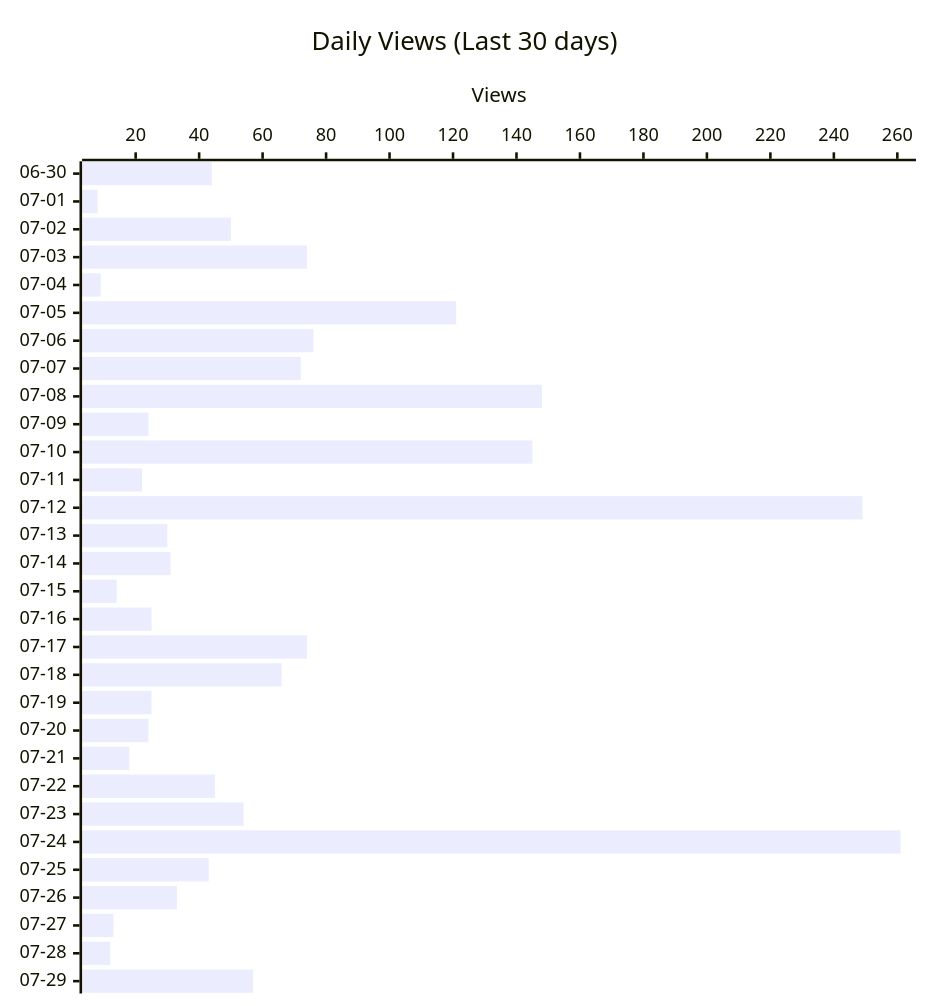
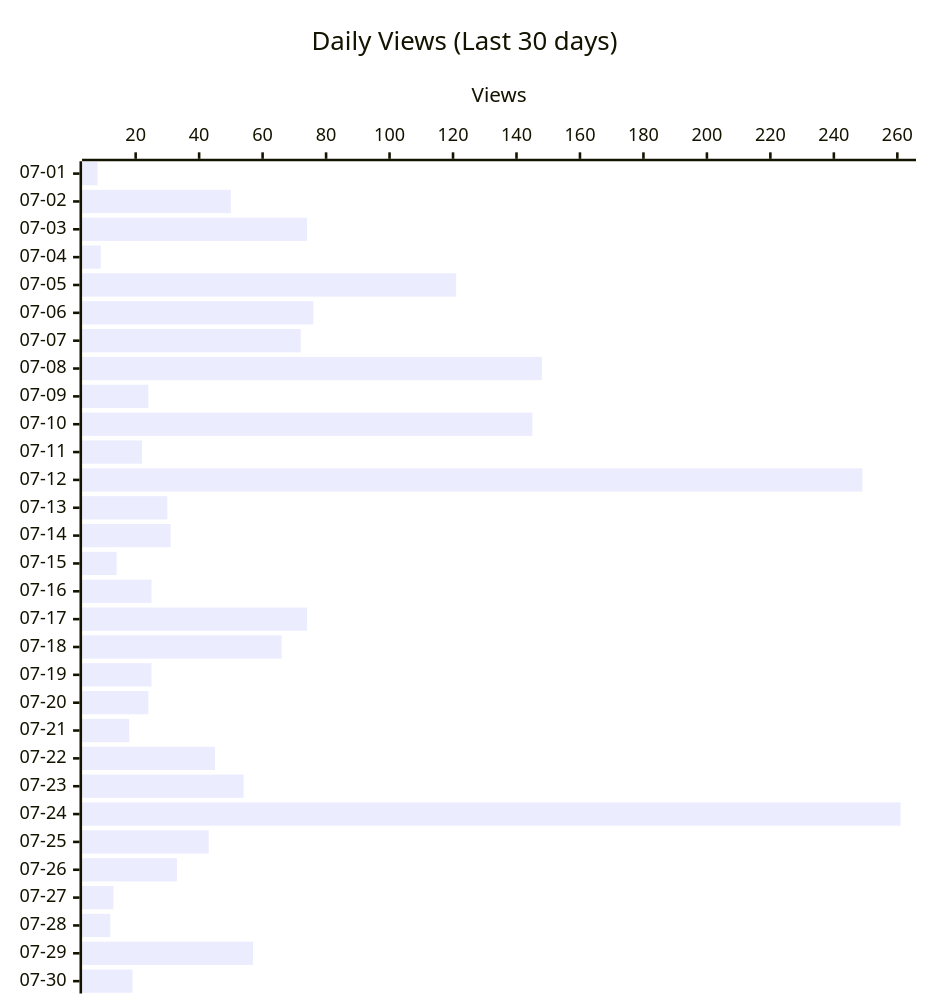
One commit to shigechika/github-insights changed the second of 4 diagrams in README.md. Above: the diagram before and after it, drawn with Mermaid. The commit also changed other lines of this file and 2 other files, not shown here.

````diff
--- a/README.md
+++ b/README.md
@@ -28,12 +28,12 @@
 ```mermaid
 ---
 config:
   xyChart:
     height: 760
 ---
 xychart-beta horizontal
     title "Daily Views (Last 30 days)"
-    x-axis ["06-30", "07-01", "07-02", "07-03", "07-04", "07-05", "07-06", "07-07", "07-08", "07-09", "07-10", "07-11", "07-12", "07-13", "07-14", "07-15", "07-16", "07-17", "07-18", "07-19", "07-20", "07-21", "07-22", "07-23", "07-24", "07-25", "07-26", "07-27", "07-28", "07-29"]
+    x-axis ["07-01", "07-02", "07-03", "07-04", "07-05", "07-06", "07-07", "07-08", "07-09", "07-10", "07-11", "07-12", "07-13", "07-14", "07-15", "07-16", "07-17", "07-18", "07-19", "07-20", "07-21", "07-22", "07-23", "07-24", "07-25", "07-26", "07-27", "07-28", "07-29", "07-30"]
     y-axis "Views"
-    bar [44, 8, 50, 74, 9, 121, 76, 72, 148, 24, 145, 22, 249, 30, 31, 14, 25, 74, 66, 25, 24, 18, 45, 54, 261, 43, 33, 13, 12, 57]
+    bar [8, 50, 74, 9, 121, 76, 72, 148, 24, 145, 22, 249, 30, 31, 14, 25, 74, 66, 25, 24, 18, 45, 54, 261, 43, 33, 13, 12, 57, 19]
 ```
````
